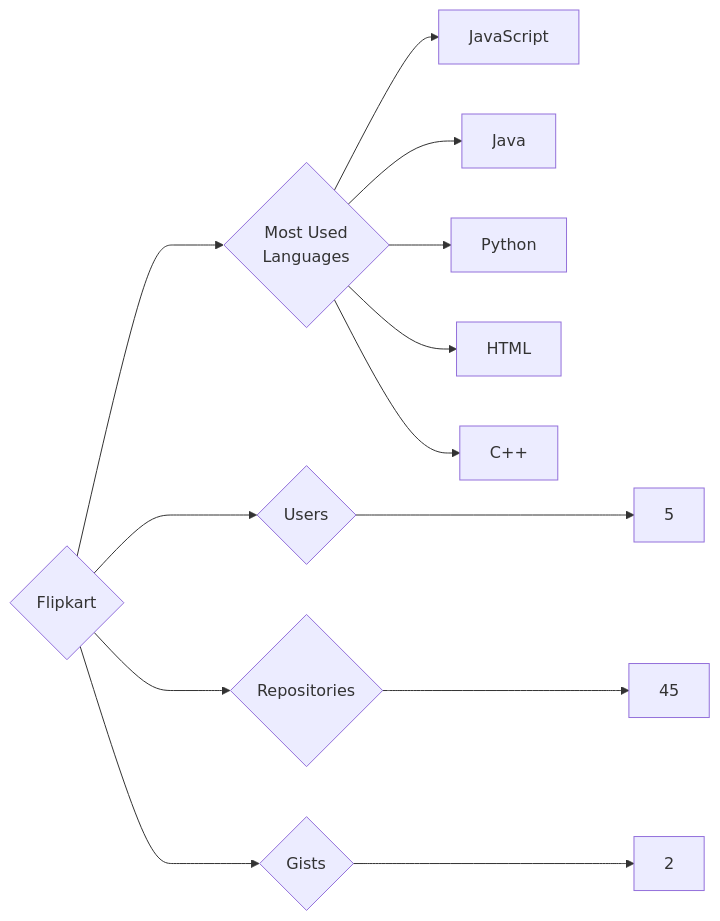
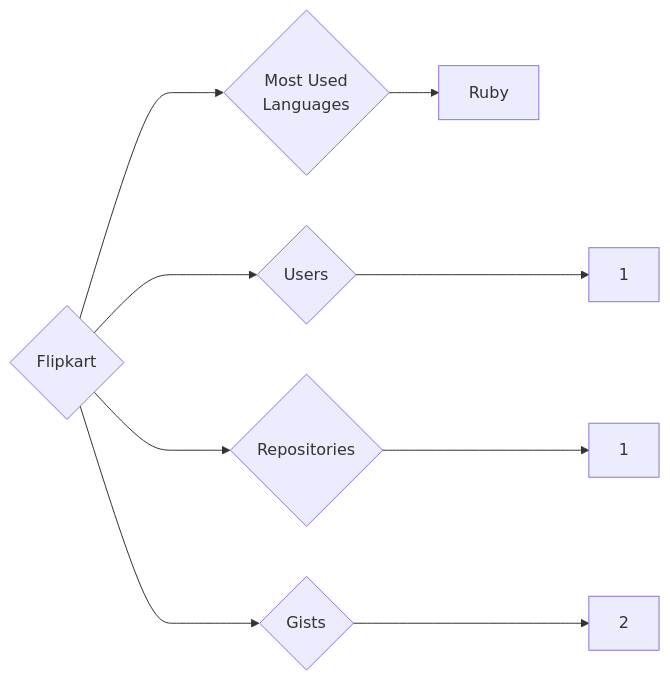
One commit to trickest/insiders changed the diagram in targets/Flipkart/README.md. Above: the diagram before and after it, drawn with Mermaid. The commit also changed 559 other files, not shown here.

````diff
--- a/targets/Flipkart/README.md
+++ b/targets/Flipkart/README.md
@@ -3,13 +3,9 @@
 ```mermaid
 graph LR
 COMPANY_NAME{Flipkart}
-COMPANY_NAME ---> U{Users} ---> UN[5]
-COMPANY_NAME ---> R{Repositories} ---> RN[45]
+COMPANY_NAME ---> U{Users} ---> UN[1]
+COMPANY_NAME ---> R{Repositories} ---> RN[1]
 COMPANY_NAME ---> G{Gists} ---> GN[2]
 COMPANY_NAME ---> ML{Most Used<br>Languages}
-ML --> JavaScript[JavaScript]
-ML --> Java[Java]
-ML --> Python[Python]
-ML --> HTML[HTML]
-ML --> C++[C++]
+ML --> Ruby[Ruby]
 ```
````
